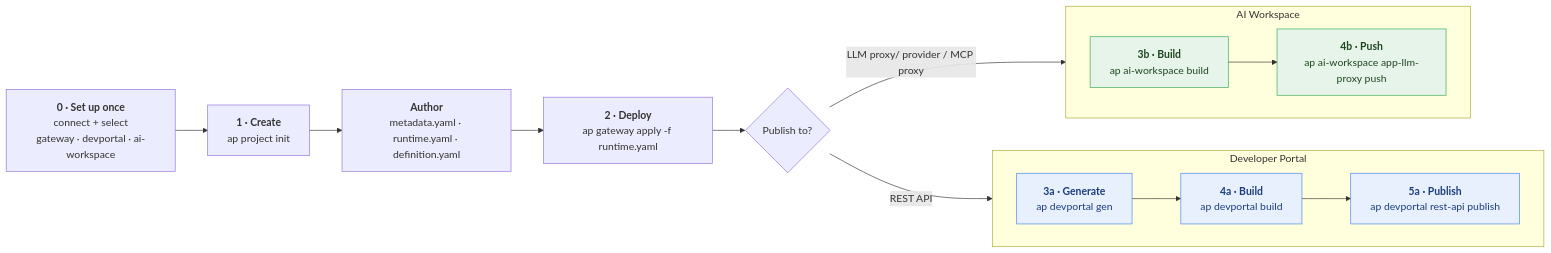
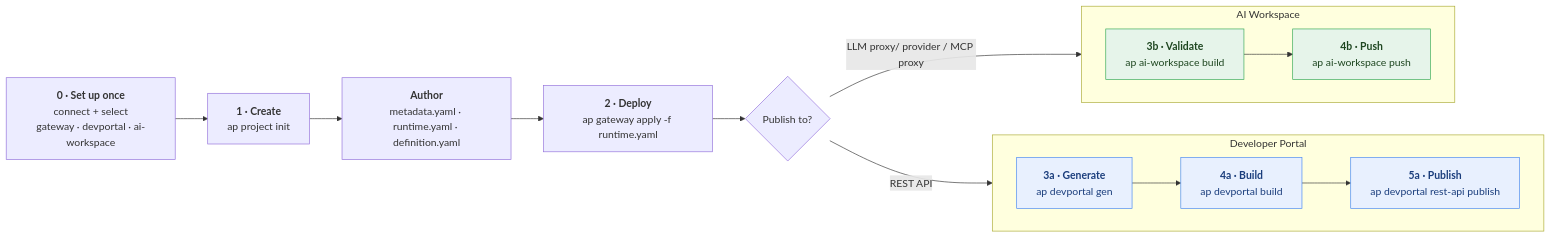
The diagram in docs/cli/end-to-end-workflow.md (wso2/api-platform), drawn with Mermaid before and after one commit. The commit also changed other lines of this file and 17 other files, not shown here.

Commit message:
update push command & build command

````diff
--- a/docs/cli/end-to-end-workflow.md
+++ b/docs/cli/end-to-end-workflow.md
@@ -13,25 +13,25 @@
 ```mermaid
 flowchart LR
     A["<b>0 · Set up once</b><br/>connect + select<br/>gateway · devportal · ai-workspace"] --> B["<b>1 · Create</b><br/>ap project init"]
     B --> C["<b>Author</b><br/>metadata.yaml · runtime.yaml · definition.yaml"]
     C --> D["<b>2 · Deploy</b><br/>ap gateway apply -f runtime.yaml"]
     D --> E{"Publish to?"}
 
     subgraph DP["Developer Portal"]
         direction LR
         F["<b>3a · Generate</b><br/>ap devportal gen"] --> G["<b>4a · Build</b><br/>ap devportal build"] --> H["<b>5a · Publish</b><br/>ap devportal rest-api publish"]
     end
 
     subgraph AW["AI Workspace"]
         direction LR
-        I["<b>3b · Build</b><br/>ap ai-workspace build"] --> J["<b>4b · Push</b><br/>ap ai-workspace app-llm-proxy push"]
+        I["<b>3b · Validate</b><br/>ap ai-workspace build"] --> J["<b>4b · Push</b><br/>ap ai-workspace push"]
     end
 
     E -->|REST API| F
     E -->|LLM proxy/ provider / MCP proxy| I
 
     classDef dp fill:#e8f0fe,stroke:#4285f4,color:#1a3d7c;
     classDef aiws fill:#e6f4ea,stroke:#34a853,color:#1e4620;
     class F,G,H dp;
     class I,J aiws;
 ```
````
